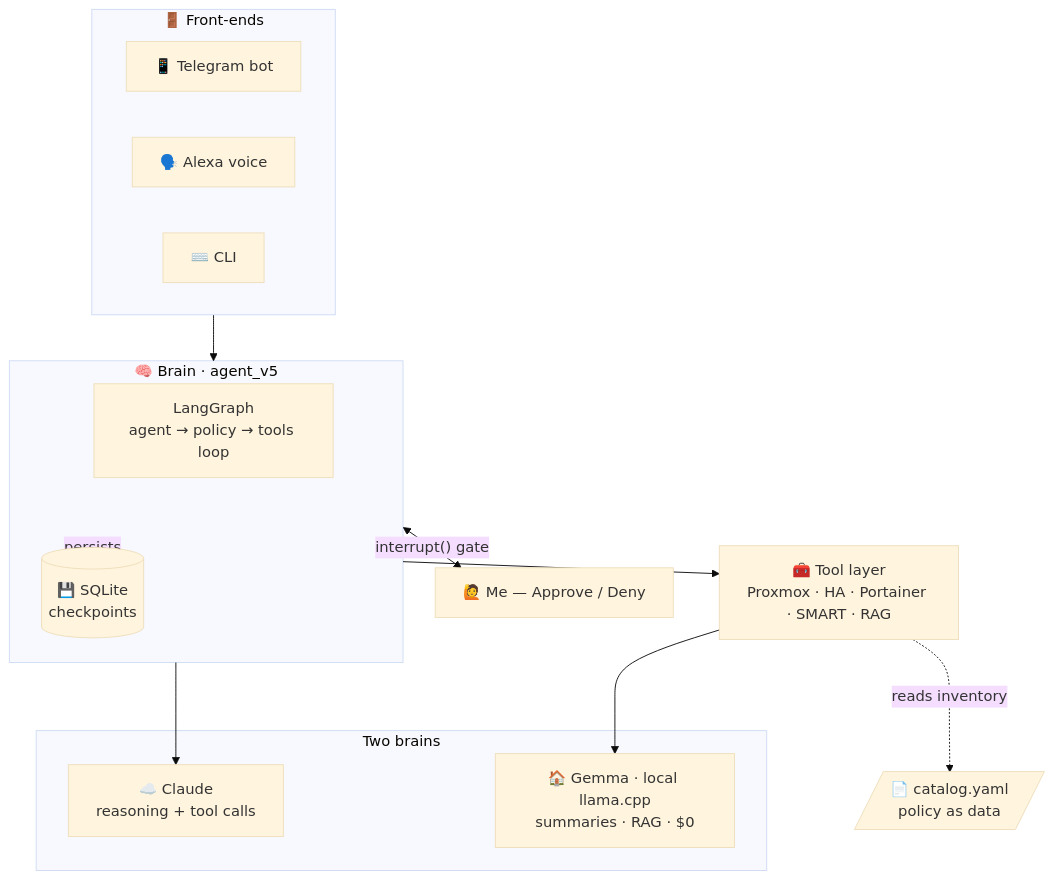
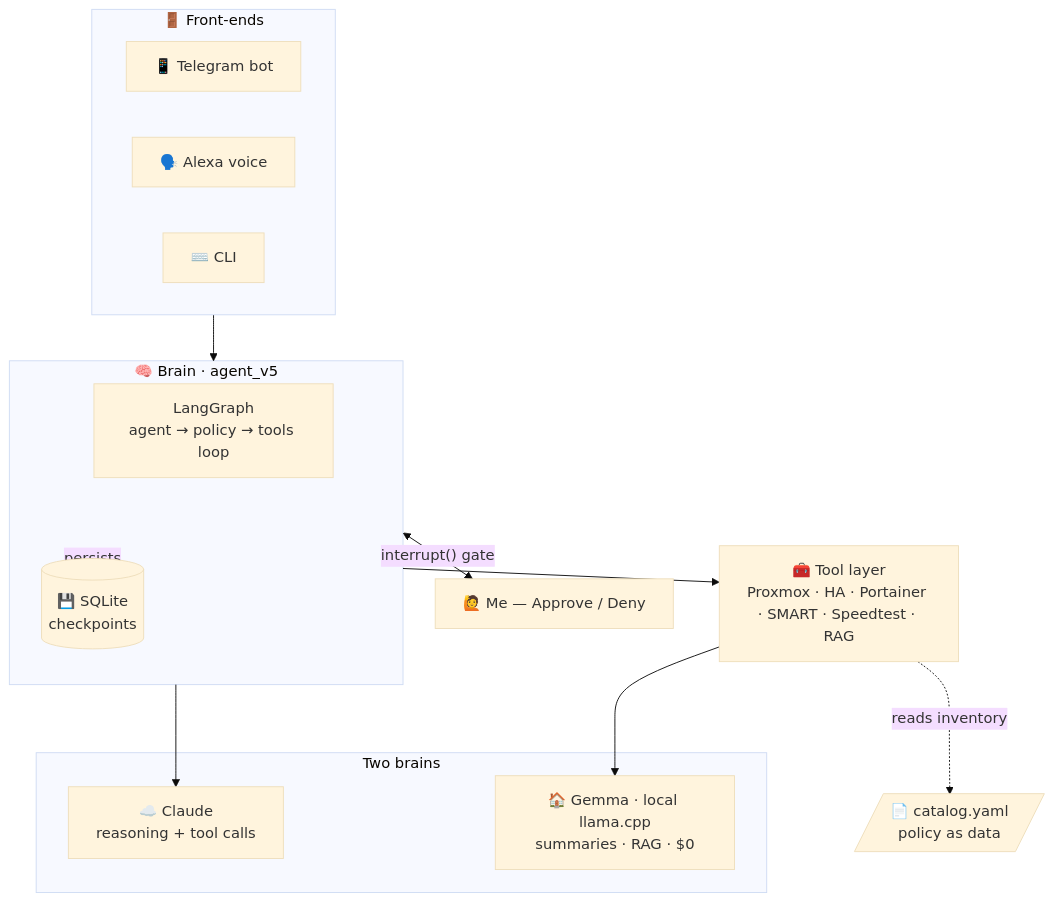
One commit to naveen6gowda/Portfolio changed the first of 3 diagrams in ai/Agent_AI/README.md. Above: the diagram before and after it, drawn with Mermaid (base theme). The commit also changed other lines of this file and 2 other files, not shown here.

Commit message:
Reflect new internet-speed monitor in HomelabSentinel showcase
- Add Speedtest to the architecture diagram's tool-layer node (README +
  ai/Agent_AI/README).
- Bump scheduled-monitor count 5 -> 6; list speedtest among the timers and
  note hourly WAN speed checks.

````diff
--- a/ai/Agent_AI/README.md
+++ b/ai/Agent_AI/README.md
@@ -39,31 +39,31 @@
 ```mermaid
 flowchart TD
     subgraph FE["🚪 Front-ends"]
         TG["📱 Telegram bot"]
         VO["🗣️ Alexa voice"]
         CL["⌨️ CLI"]
     end
 
     subgraph BR["🧠 Brain · agent_v5"]
         LG["LangGraph<br/>agent → policy → tools loop"]
         CP[("💾 SQLite<br/>checkpoints")]
     end
 
     subgraph MB["Two brains"]
         CLAUDE["☁️ Claude<br/>reasoning + tool calls"]
         GEMMA["🏠 Gemma · local llama.cpp<br/>summaries · RAG · $0"]
     end
 
-    TL["🧰 Tool layer<br/>Proxmox · HA · Portainer · SMART · RAG"]
+    TL["🧰 Tool layer<br/>Proxmox · HA · Portainer · SMART · Speedtest · RAG"]
 
     CAT[/"📄 catalog.yaml<br/>policy as data"/]
     HUMAN["🙋 Me — Approve / Deny"]
 
     FE --> BR
     BR --> CLAUDE
     BR <-->|"interrupt() gate"| HUMAN
     BR --> TL
     TL --> GEMMA
     TL -. reads inventory .-> CAT
     BR -. persists .-> CP
 ```
````
